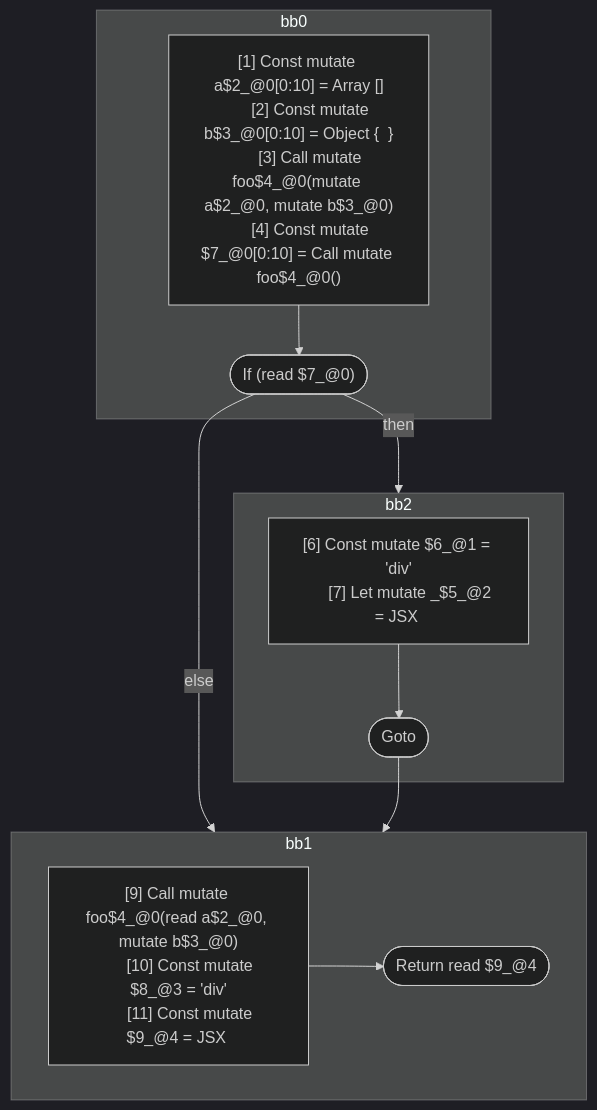
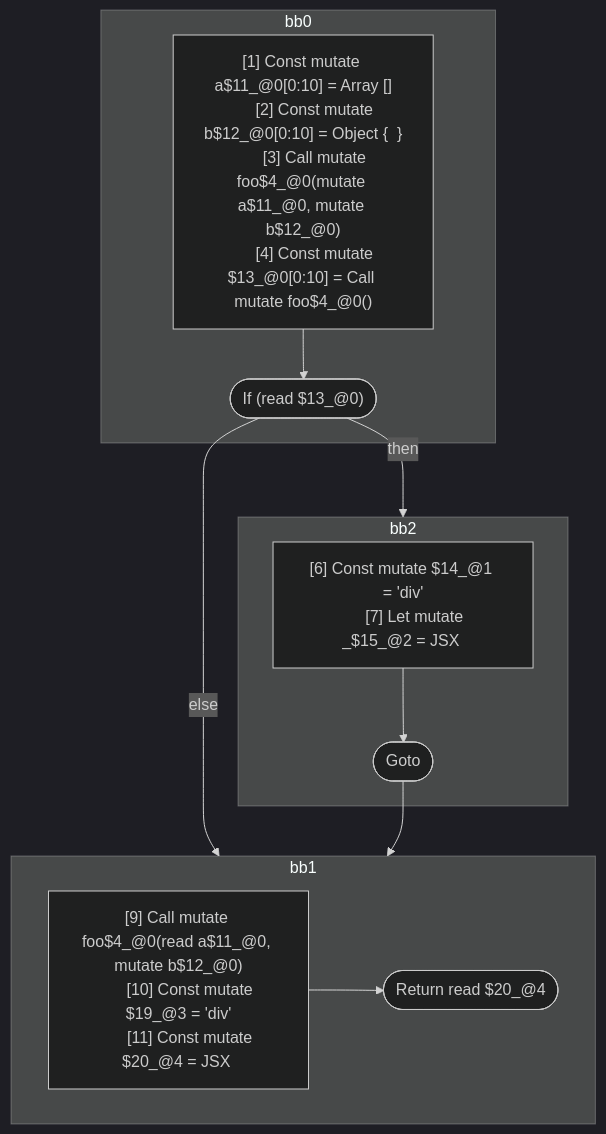
Before and after one commit to wutsmog/private: the second of 2 diagrams in compiler/forget/src/__tests__/fixtures/hir/ssa-call-jsx-2.expect.md, drawn with Mermaid (dark theme). The commit also changed other lines of this file and 59 other files, not shown here.

````diff
--- a/compiler/forget/src/__tests__/fixtures/hir/ssa-call-jsx-2.expect.md
+++ b/compiler/forget/src/__tests__/fixtures/hir/ssa-call-jsx-2.expect.md
@@ -71,34 +71,34 @@
 ```mermaid
 flowchart TB
   %% Basic Blocks
   subgraph bb0
     bb0_instrs["
-      [1] Const mutate a$2_@0[0:10] = Array []
-      [2] Const mutate b$3_@0[0:10] = Object {  }
-      [3] Call mutate foo$4_@0(mutate a$2_@0, mutate b$3_@0)
-      [4] Const mutate $7_@0[0:10] = Call mutate foo$4_@0()
+      [1] Const mutate a$11_@0[0:10] = Array []
+      [2] Const mutate b$12_@0[0:10] = Object {  }
+      [3] Call mutate foo$4_@0(mutate a$11_@0, mutate b$12_@0)
+      [4] Const mutate $13_@0[0:10] = Call mutate foo$4_@0()
     "]
-    bb0_instrs --> bb0_terminal(["If (read $7_@0)"])
+    bb0_instrs --> bb0_terminal(["If (read $13_@0)"])
   end
   subgraph bb2
     bb2_instrs["
-      [6] Const mutate $6_@1 = 'div'
-      [7] Let mutate _$5_@2 = JSX <read $6_@1 a={freeze a$2_@0} ></read $6_@1>
+      [6] Const mutate $14_@1 = 'div'
+      [7] Let mutate _$15_@2 = JSX <read $14_@1 a={freeze a$11_@0} ></read $14_@1>
     "]
     bb2_instrs --> bb2_terminal(["Goto"])
   end
   subgraph bb1
     bb1_instrs["
-      [9] Call mutate foo$4_@0(read a$2_@0, mutate b$3_@0)
-      [10] Const mutate $8_@3 = 'div'
-      [11] Const mutate $9_@4 = JSX <read $8_@3 a={freeze a$2_@0} b={freeze b$3_@0} ></read $8_@3>
+      [9] Call mutate foo$4_@0(read a$11_@0, mutate b$12_@0)
+      [10] Const mutate $19_@3 = 'div'
+      [11] Const mutate $20_@4 = JSX <read $19_@3 a={freeze a$11_@0} b={freeze b$12_@0} ></read $19_@3>
     "]
-    bb1_instrs --> bb1_terminal(["Return read $9_@4"])
+    bb1_instrs --> bb1_terminal(["Return read $20_@4"])
   end
 
   %% Jumps
   bb0_terminal -- "then" --> bb2
   bb0_terminal -- "else" --> bb1
   bb2_terminal --> bb1
 
 ```
````
